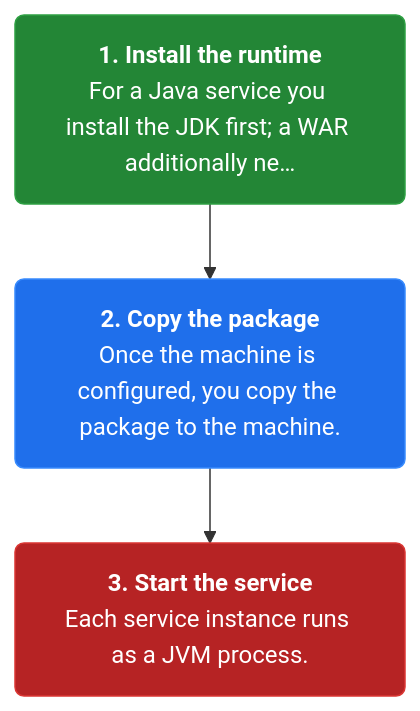
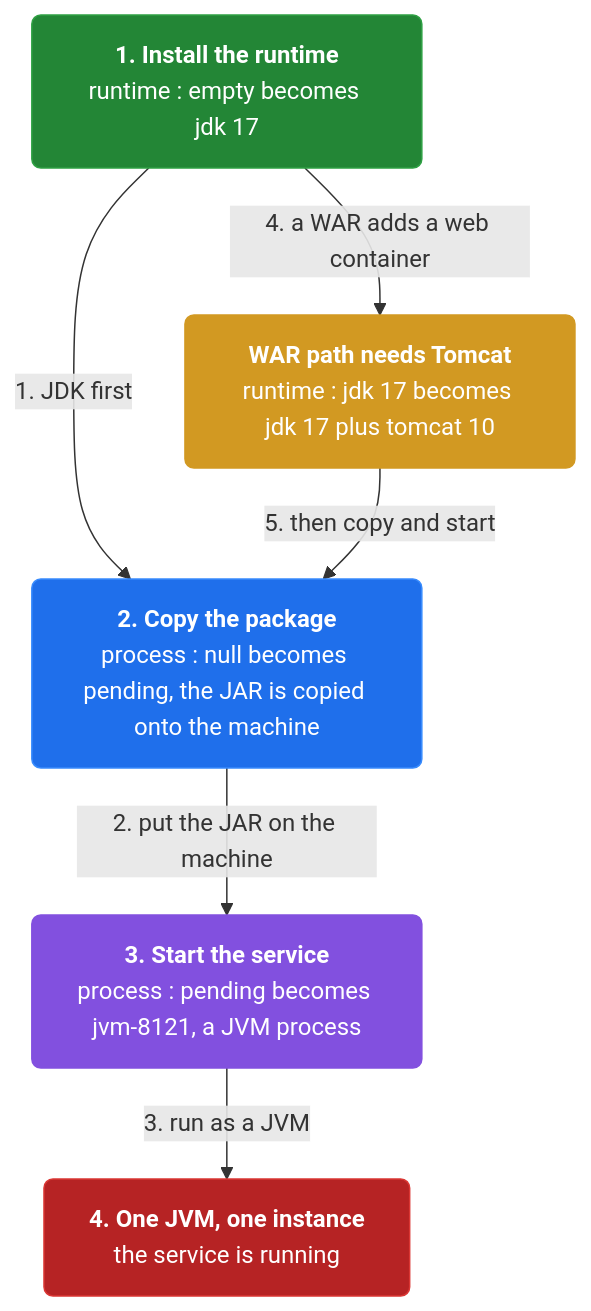
The second of 4 diagrams in docs/ch39-language-specific-packaging-format.md (vinayakuber/microservices-io-study-guide), drawn with Mermaid before and after one commit. The commit also changed other lines of this file and 46 other files, not shown here.

First line of the commit message:
Author rich branching flow diagrams for all 44 chapters

````diff
--- a/docs/ch39-language-specific-packaging-format.md
+++ b/docs/ch39-language-specific-packaging-format.md
@@ -50,11 +56,18 @@
 ```mermaid
 flowchart TD
-  classDef step fill:#1f6feb,color:#ffffff,stroke:#388bfd,stroke-width:1px,rx:6
+  classDef step fill:#1f6feb,color:#ffffff,stroke:#388bfd,rx:6
+  classDef core fill:#8250df,color:#ffffff,stroke:#8250df,rx:6
+  classDef warn fill:#d29922,color:#ffffff,stroke:#d29922,rx:6
   classDef start fill:#238636,color:#ffffff,stroke:#2ea043,rx:6
   classDef stop fill:#b62324,color:#ffffff,stroke:#da3633,rx:6
-  s1n0["<b>1. Install the runtime</b><br/>For a Java service you install the JDK first; a WAR additionally ne…"]:::start
-  s1n1["<b>2. Copy the package</b><br/>Once the machine is configured, you copy the package to the machine."]:::step
-  s1n2["<b>3. Start the service</b><br/>Each service instance runs as a JVM process."]:::stop
-  s1n0 --> s1n1
-  s1n1 --> s1n2
+  n0["<b>1. Install the runtime</b><br/>runtime : empty becomes jdk 17"]:::start
+  n1["<b>2. Copy the package</b><br/>process : null becomes pending, the JAR is copied onto the machine"]:::step
+  n2["<b>3. Start the service</b><br/>process : pending becomes jvm-8121, a JVM process"]:::core
+  n3["<b>4. One JVM, one instance</b><br/>the service is running"]:::stop
+  n4["<b>WAR path needs Tomcat</b><br/>runtime : jdk 17 becomes jdk 17 plus tomcat 10"]:::warn
+  n0 -->|"1. JDK first"| n1
+  n1 -->|"2. put the JAR on the machine"| n2
+  n2 -->|"3. run as a JVM"| n3
+  n0 -->|"4. a WAR adds a web container"| n4
+  n4 -->|"5. then copy and start"| n1
 ```
````
